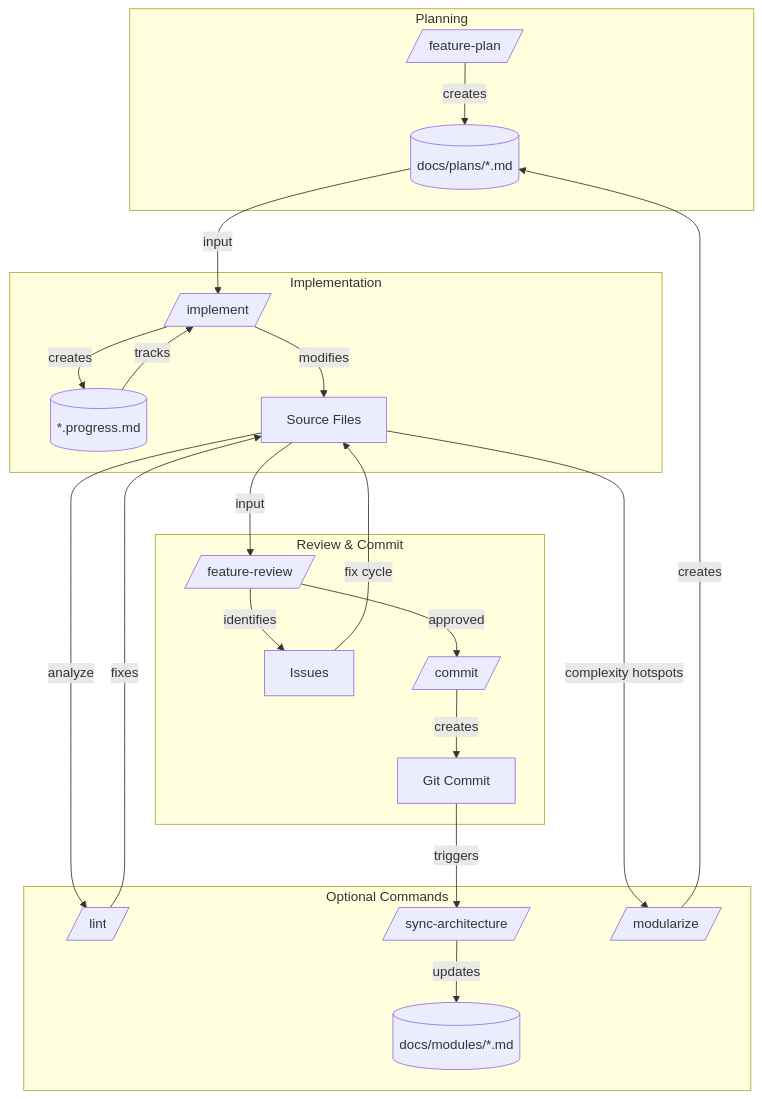
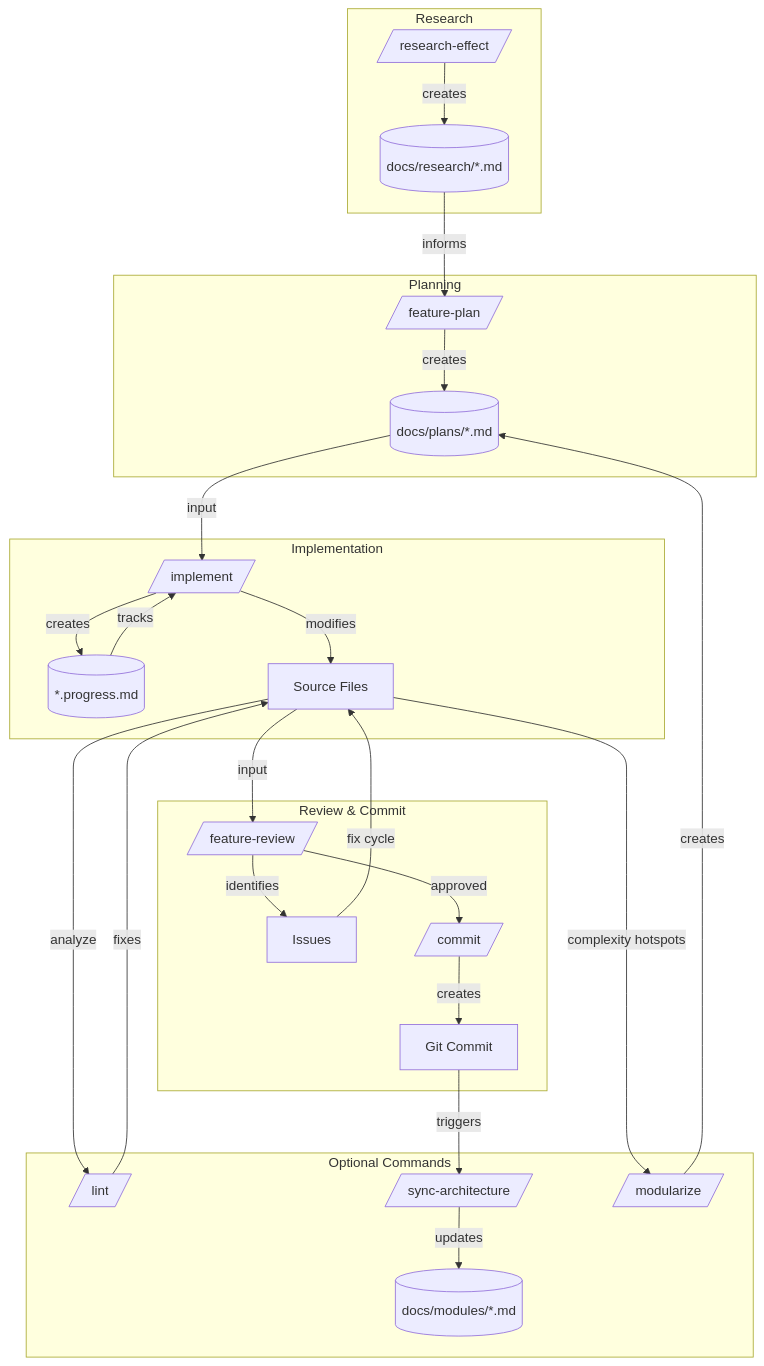
The diagram in docs/workflow.md (EvanLavender13/audio-jones), drawn with Mermaid before and after one commit. The commit also changed other lines of this file and 2 other files, not shown here.

Commit message:
Add /research-effect to workflow and include bloom/bokeh research docs

````diff
--- a/docs/workflow.md
+++ b/docs/workflow.md
@@ -7,37 +7,42 @@
 ```mermaid
 flowchart TD
+    subgraph Research[Research]
+        RE[/research-effect/]
+        RE -->|creates| ResearchDoc[(docs/research/*.md)]
+    end
+
     subgraph Plan[Planning]
-        FP[/feature-plan/]
+        ResearchDoc -->|informs| FP[/feature-plan/]
         FP -->|creates| PlanDoc[(docs/plans/*.md)]
     end
 
     subgraph Implement[Implementation]
         PlanDoc -->|input| IMP[/implement/]
         IMP -->|creates| Progress[(*.progress.md)]
         IMP -->|modifies| Code[Source Files]
         Progress -->|tracks| IMP
     end
 
     subgraph Review[Review & Commit]
         Code -->|input| FR[/feature-review/]
         FR -->|identifies| Issues[Issues]
         Issues -->|fix cycle| Code
         FR -->|approved| COM[/commit/]
         COM -->|creates| Commit[Git Commit]
     end
 
     subgraph Optional[Optional Commands]
         Code -->|analyze| LINT[/lint/]
         LINT -->|fixes| Code
         Commit -->|triggers| SYNC[/sync-architecture/]
         SYNC -->|updates| Docs[(docs/modules/*.md)]
         Code -->|complexity hotspots| MOD[/modularize/]
         MOD -->|creates| PlanDoc
     end
 
 %% Legend:
 %% [/command/] slash command
 %% [(file)] document or file
 %% [name] code artifact
 %% → action (label describes relationship)
 ```
````
